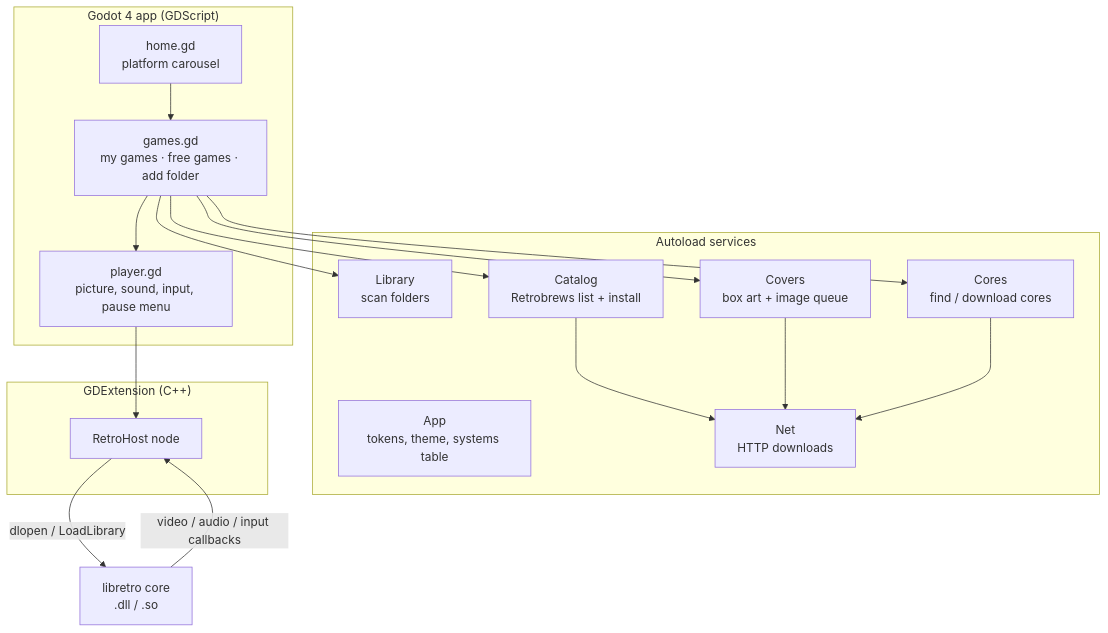
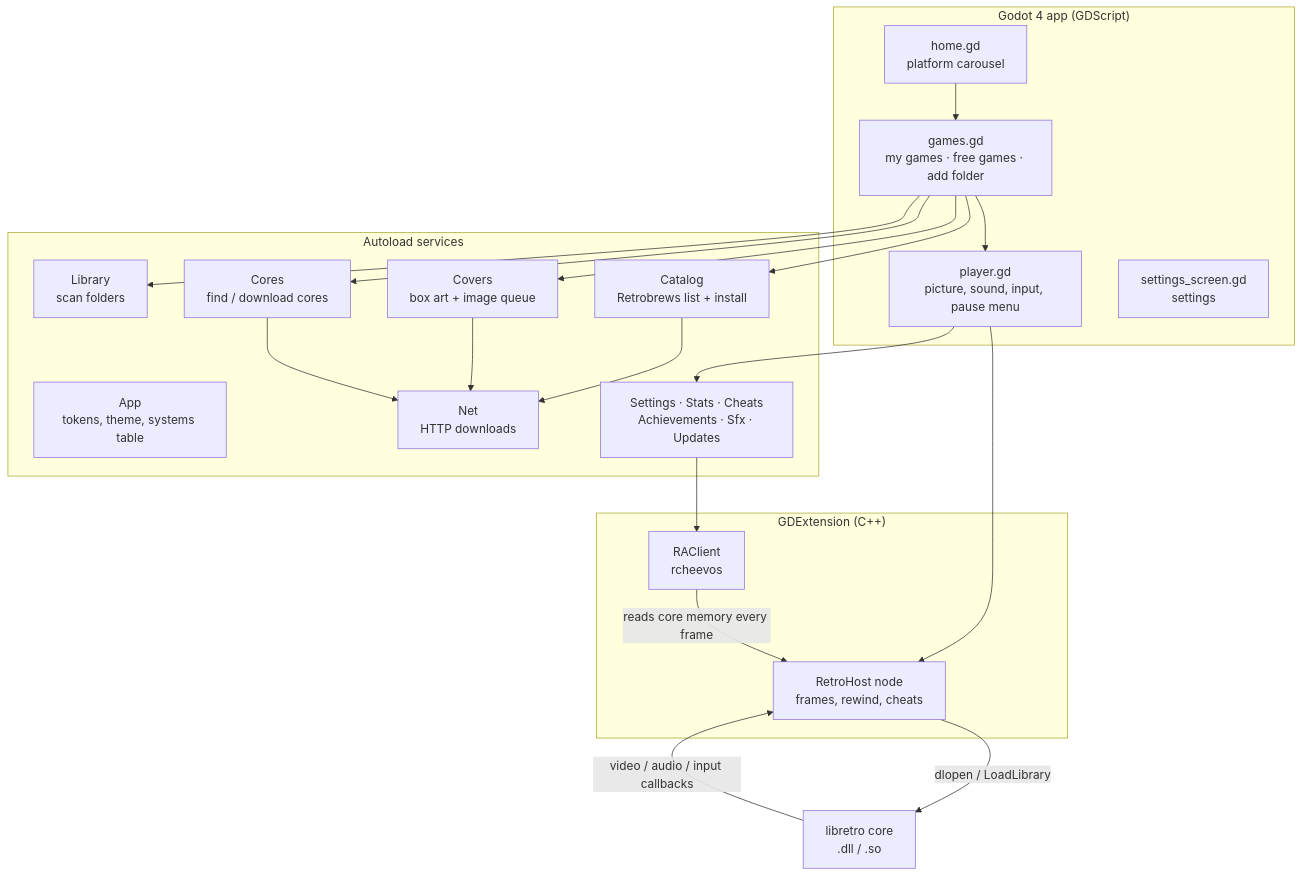
The first of 2 diagrams in docs/TECHNICAL.md (ByReDoxXx/redox-gaming), drawn with Mermaid before and after one commit. The commit also changed other lines of this file and 70 other files, not shown here.

````diff
--- a/docs/TECHNICAL.md
+++ b/docs/TECHNICAL.md
@@ -22,27 +22,33 @@
 ```mermaid
 flowchart TB
     subgraph UI["Godot 4 app (GDScript)"]
         Home["home.gd<br/>platform carousel"]
         Games["games.gd<br/>my games · free games · add folder"]
         Player["player.gd<br/>picture, sound, input, pause menu"]
+        Setup["settings_screen.gd<br/>settings"]
     end
     subgraph Services["Autoload services"]
         App["App<br/>tokens, theme, systems table"]
         Library["Library<br/>scan folders"]
         Catalog["Catalog<br/>Retrobrews list + install"]
         Covers["Covers<br/>box art + image queue"]
         Cores["Cores<br/>find / download cores"]
         Net["Net<br/>HTTP downloads"]
+        More["Settings · Stats · Cheats<br/>Achievements · Sfx · Updates"]
     end
     subgraph Native["GDExtension (C++)"]
-        Host["RetroHost node"]
+        Host["RetroHost node<br/>frames, rewind, cheats"]
+        RA["RAClient<br/>rcheevos"]
     end
     CoreDLL["libretro core<br/>.dll / .so"]
 
     Home --> Games --> Player
     Games --> Library & Catalog & Covers & Cores
     Catalog & Covers & Cores --> Net
     Player --> Host
+    Player --> More
+    More --> RA
+    RA -- "reads core memory every frame" --> Host
     Host -- "dlopen / LoadLibrary" --> CoreDLL
     CoreDLL -- "video / audio / input callbacks" --> Host
 ```
````
